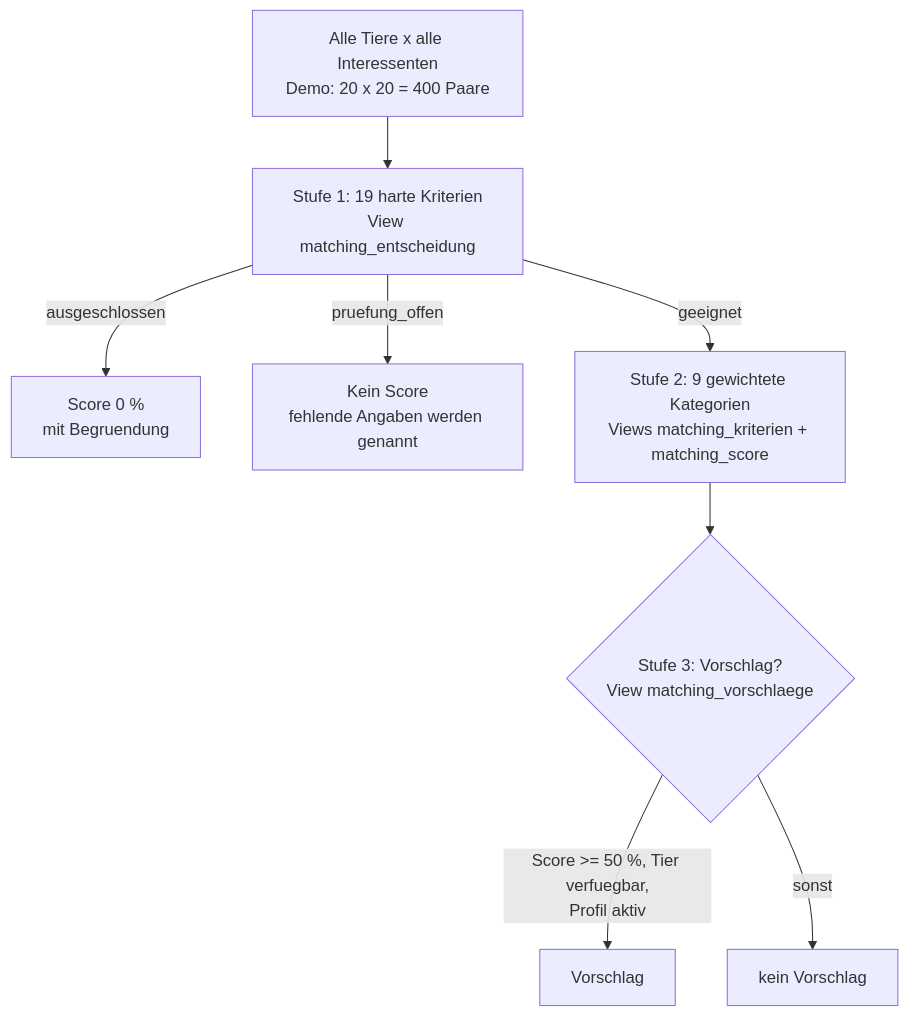
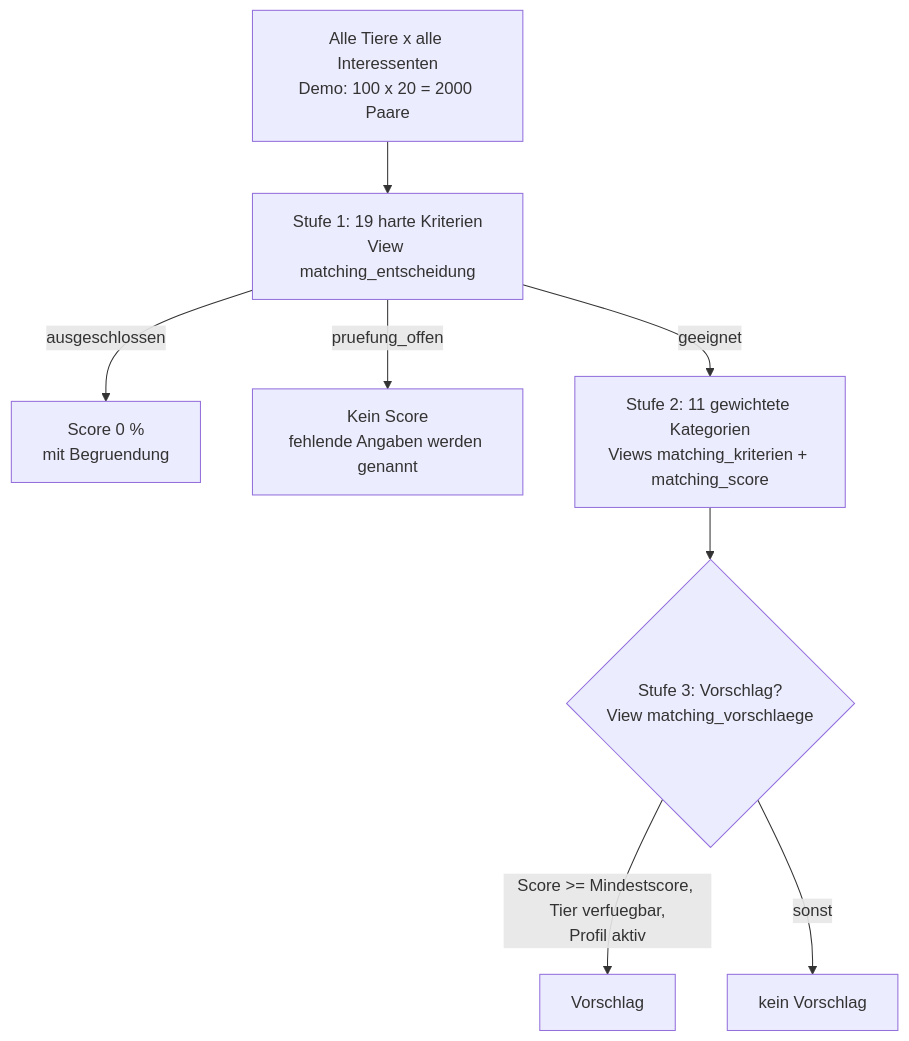
The fourth of 4 diagrams in README.md (ImmortalCanary/Paws-Match), drawn with Mermaid before and after one commit. The commit also changed other lines of this file and 28 other files, not shown here.

````diff
--- a/README.md
+++ b/README.md
@@ -421,10 +471,10 @@
 ```mermaid
 flowchart TD
-    P[Alle Tiere x alle Interessenten<br/>Demo: 20 x 20 = 400 Paare] --> S1
+    P[Alle Tiere x alle Interessenten<br/>Demo: 100 x 20 = 2000 Paare] --> S1
     S1[Stufe 1: 19 harte Kriterien<br/>View matching_entscheidung] -->|ausgeschlossen| X[Score 0 %<br/>mit Begruendung]
     S1 -->|pruefung_offen| O[Kein Score<br/>fehlende Angaben werden genannt]
-    S1 -->|geeignet| S2[Stufe 2: 9 gewichtete Kategorien<br/>Views matching_kriterien + matching_score]
+    S1 -->|geeignet| S2[Stufe 2: 11 gewichtete Kategorien<br/>Views matching_kriterien + matching_score]
     S2 --> S3{Stufe 3: Vorschlag?<br/>View matching_vorschlaege}
-    S3 -->|Score >= 50 %, Tier verfuegbar,<br/>Profil aktiv| V[Vorschlag]
+    S3 -->|Score >= Mindestscore, Tier verfuegbar,<br/>Profil aktiv| V[Vorschlag]
     S3 -->|sonst| N[kein Vorschlag]
 ```
````
